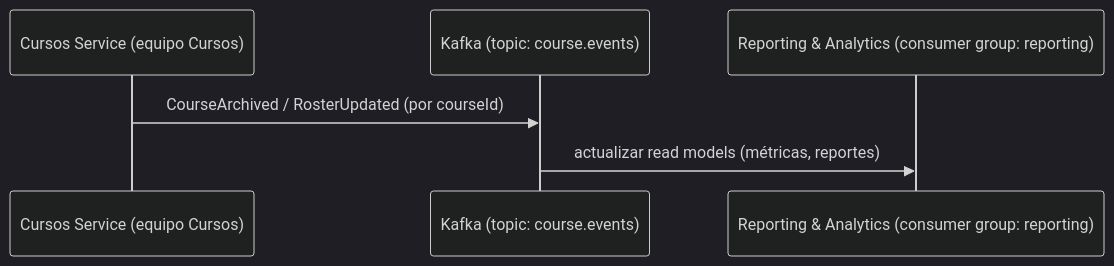
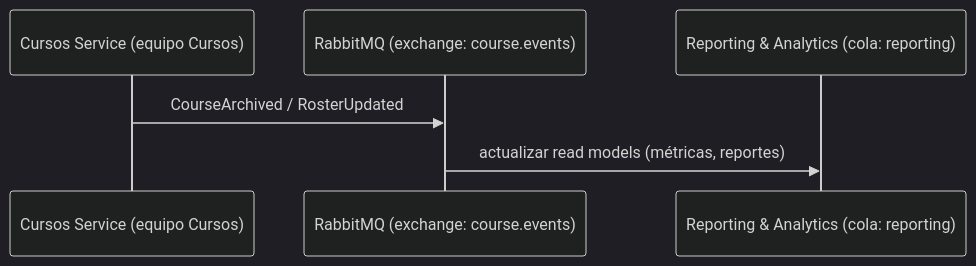
The fourth of 6 diagrams in docs/backend/arquitectura/comunicacion.md (2W2-114324-Carballo-Juarez-Mateo/backoffice-docs), drawn with Mermaid (dark theme) before and after one commit. The commit also changed other lines of this file and 18 other files, not shown here.

````diff
--- a/docs/backend/arquitectura/comunicacion.md
+++ b/docs/backend/arquitectura/comunicacion.md
@@ -69,9 +69,9 @@
 ```mermaid
 sequenceDiagram
     participant CS as Cursos Service (equipo Cursos)
-    participant K as Kafka (topic: course.events)
-    participant RP as Reporting & Analytics (consumer group: reporting)
+    participant K as RabbitMQ (exchange: course.events)
+    participant RP as Reporting & Analytics (cola: reporting)
 
-    CS->>K: CourseArchived / RosterUpdated (por courseId)
+    CS->>K: CourseArchived / RosterUpdated
     K->>RP: actualizar read models (métricas, reportes)
 ```
````
